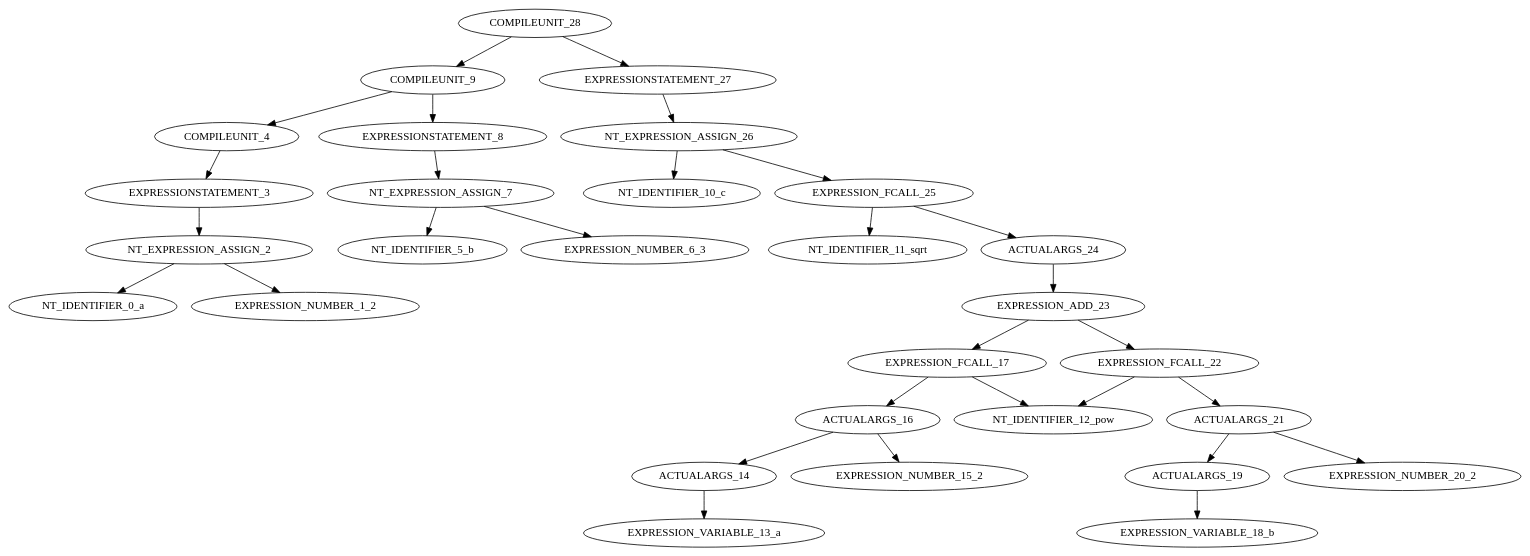
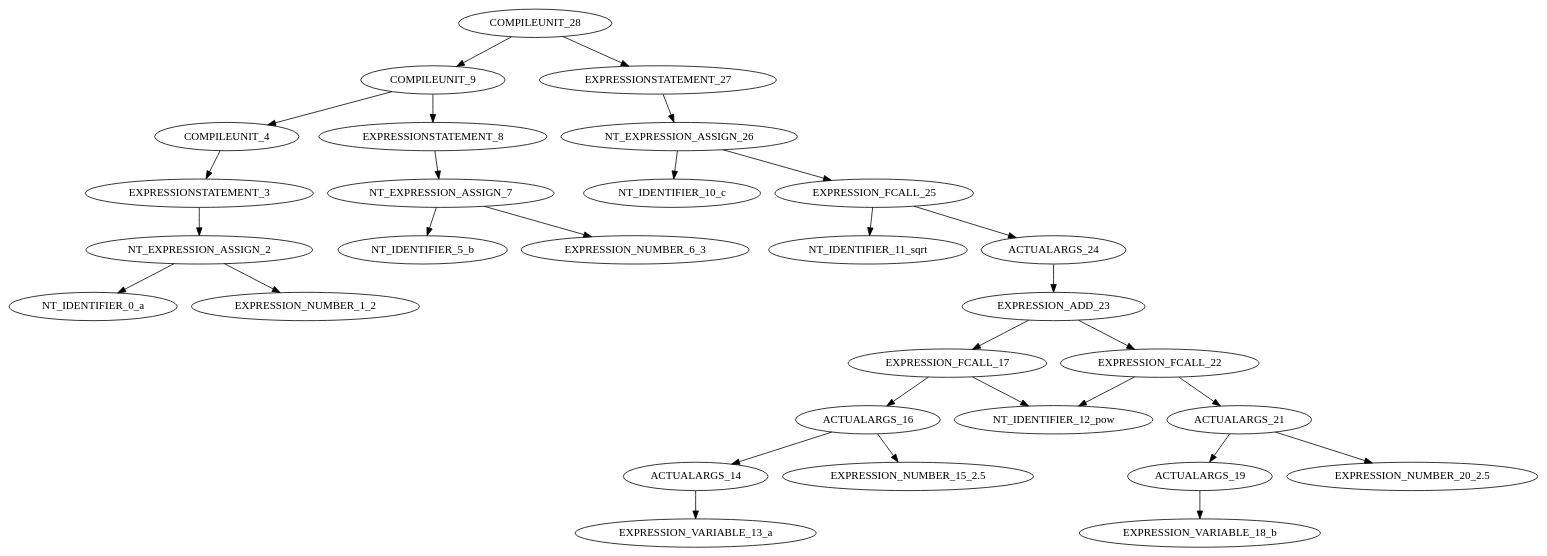
The diagram in ST.dot (LPoulitsis/TypeCheckingMINIC), drawn with Graphviz before and after one commit. The commit also changed 3 other files, not shown here.

```diff
--- a/ST.dot
+++ b/ST.dot
@@ -1,31 +1,31 @@
 digraph G{
 "COMPILEUNIT_28"->"COMPILEUNIT_9";
 "COMPILEUNIT_9"->"COMPILEUNIT_4";
 "COMPILEUNIT_4"->"EXPRESSIONSTATEMENT_3";
 "EXPRESSIONSTATEMENT_3"->"NT_EXPRESSION_ASSIGN_2";
 "NT_EXPRESSION_ASSIGN_2"->"NT_IDENTIFIER_0_a";
 "NT_EXPRESSION_ASSIGN_2"->"EXPRESSION_NUMBER_1_2";
 "COMPILEUNIT_9"->"EXPRESSIONSTATEMENT_8";
 "EXPRESSIONSTATEMENT_8"->"NT_EXPRESSION_ASSIGN_7";
 "NT_EXPRESSION_ASSIGN_7"->"NT_IDENTIFIER_5_b";
 "NT_EXPRESSION_ASSIGN_7"->"EXPRESSION_NUMBER_6_3";
 "COMPILEUNIT_28"->"EXPRESSIONSTATEMENT_27";
 "EXPRESSIONSTATEMENT_27"->"NT_EXPRESSION_ASSIGN_26";
 "NT_EXPRESSION_ASSIGN_26"->"NT_IDENTIFIER_10_c";
 "NT_EXPRESSION_ASSIGN_26"->"EXPRESSION_FCALL_25";
 "EXPRESSION_FCALL_25"->"NT_IDENTIFIER_11_sqrt";
 "EXPRESSION_FCALL_25"->"ACTUALARGS_24";
 "ACTUALARGS_24"->"EXPRESSION_ADD_23";
 "EXPRESSION_ADD_23"->"EXPRESSION_FCALL_17";
 "EXPRESSION_FCALL_17"->"NT_IDENTIFIER_12_pow";
 "EXPRESSION_FCALL_17"->"ACTUALARGS_16";
 "ACTUALARGS_16"->"ACTUALARGS_14";
 "ACTUALARGS_14"->"EXPRESSION_VARIABLE_13_a";
-"ACTUALARGS_16"->"EXPRESSION_NUMBER_15_2";
+"ACTUALARGS_16"->"EXPRESSION_NUMBER_15_2.5";
 "EXPRESSION_ADD_23"->"EXPRESSION_FCALL_22";
 "EXPRESSION_FCALL_22"->"NT_IDENTIFIER_12_pow";
 "EXPRESSION_FCALL_22"->"ACTUALARGS_21";
 "ACTUALARGS_21"->"ACTUALARGS_19";
 "ACTUALARGS_19"->"EXPRESSION_VARIABLE_18_b";
-"ACTUALARGS_21"->"EXPRESSION_NUMBER_20_2";
+"ACTUALARGS_21"->"EXPRESSION_NUMBER_20_2.5";
 }
```
